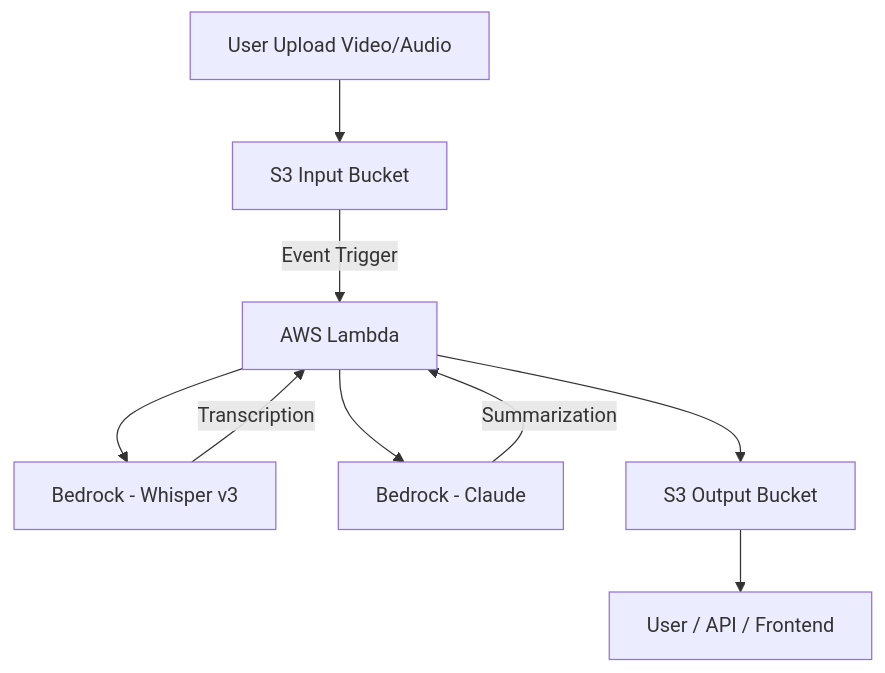
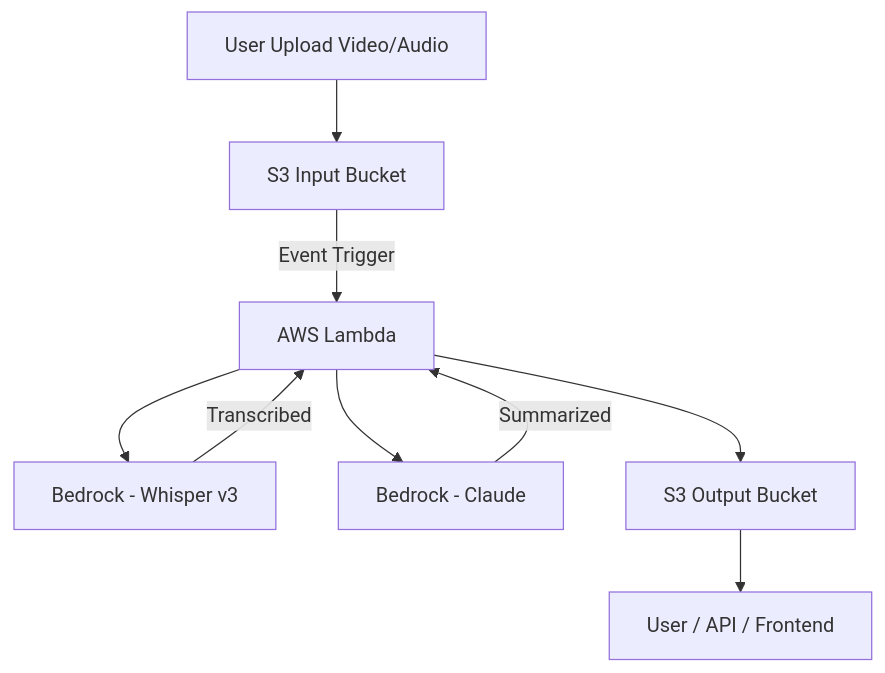
Before and after one commit to ariefjuharza/video-highlight-generator: the diagram in docs/architecture.md, drawn with Mermaid.

````diff
--- a/docs/architecture.md
+++ b/docs/architecture.md
@@ -45,11 +45,11 @@
 ```mermaid
 flowchart TD
     A[User Upload Video/Audio] --> B[S3 Input Bucket]
     B -->|Event Trigger| C[AWS Lambda]
     C --> D[Bedrock - Whisper v3]
-    D -->|Transcription| C
+    D -->|Transcribed| C
     C --> E[Bedrock - Claude]
-    E -->|Summarization| C
+    E -->|Summarized| C
     C --> F[S3 Output Bucket]
     F --> G[User / API / Frontend]
 ```
````
